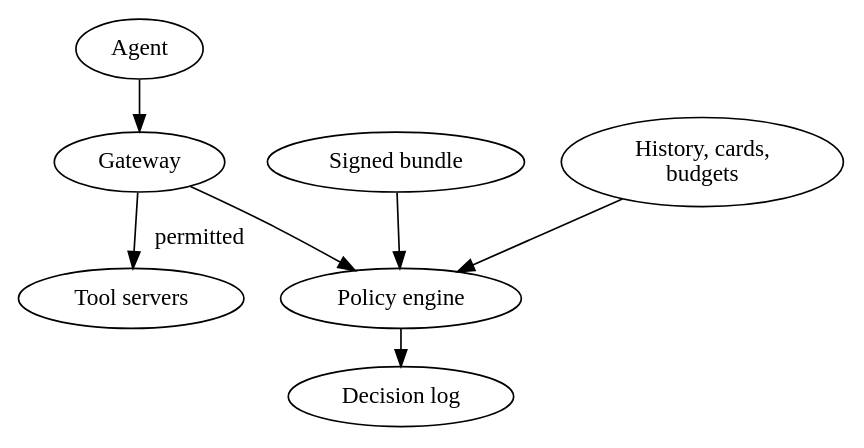
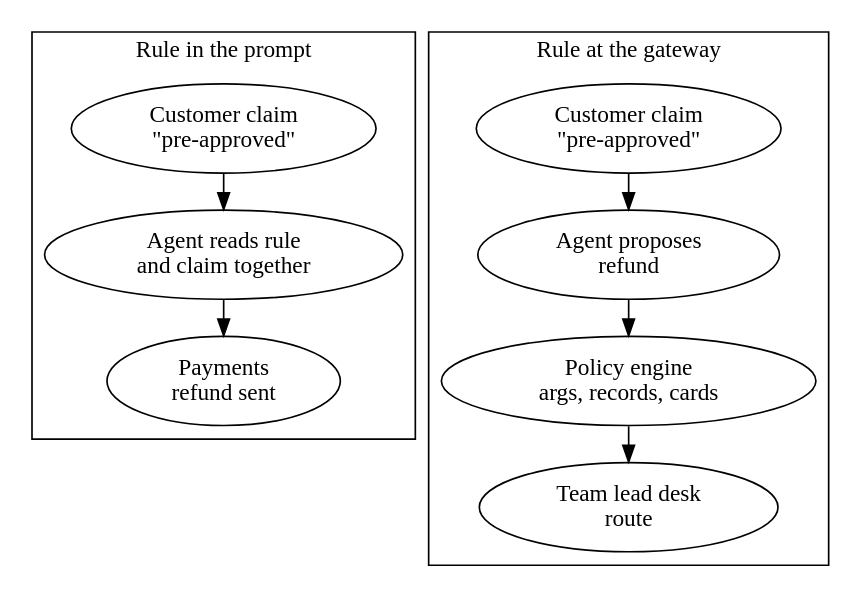
Before and after one commit to rajesh1008/system-design-book: the diagram in figures/src/ch31/fig-31-2.dot, drawn with Graphviz. The commit also changed 158 other files, not shown here.

```diff
--- a/figures/src/ch31/fig-31-2.dot
+++ b/figures/src/ch31/fig-31-2.dot
@@ -1,22 +1,27 @@
-// Figure 31.2  The policy engine at the gateway
-// Reading order: left to right. Every call the agent makes reaches the
-// gateway; the gateway asks the engine, which reads the signed bundle,
-// the session history, approval cards, and budgets, and writes one
-// decision line. Only then does the call reach a server. From policy.gate.
+// Figure 31.2  Permission in the prompt against permission at the gateway
+// Reading order: left column then right column. On the left the rule
+// sits in the context the customer also writes into, so a claim can
+// change the decision. On the right the engine sees only arguments and
+// records. From policy.demo --part talked.
 digraph hld {
 #include "book.gv"
-  rankdir=TB; nodesep=0.3; ranksep=0.3;
-  agent [label="Agent", class="model"];
-  gw [label="Gateway", class="ops"];
-  eng [label="Policy engine", class="policy gate"];
-  bun [label="Signed bundle", class="policy store"];
-  st [label="History, cards,\nbudgets", class="store"];
-  srv [label="Tool servers", class="ops external"];
-  log [label="Decision log", class="evidence"];
-  agent -> gw [class="data"];
-  gw -> eng [class="emphasis"];
-  bun -> eng [class="control"];
-  st -> eng [class="data"];
-  eng -> log [class="trail"];
-  gw -> srv [class="data", label=" permitted"];
+  rankdir=TB; nodesep=0.35; ranksep=0.3;
+  subgraph cluster_a {
+    label="Rule in the prompt"; class="note";
+    c1 [label="Customer claim\n\"pre-approved\"", class="external"];
+    m1 [label="Agent reads rule\nand claim together", class="model"];
+    p1 [label="Payments\nrefund sent", class="ops fail"];
+    c1 -> m1 [class="data"];
+    m1 -> p1 [class="fail"];
+  }
+  subgraph cluster_b {
+    label="Rule at the gateway"; class="note";
+    c2 [label="Customer claim\n\"pre-approved\"", class="external"];
+    m2 [label="Agent proposes\nrefund", class="model"];
+    g2 [label="Policy engine\nargs, records, cards", class="policy gate"];
+    p2 [label="Team lead desk\nroute", class="org human"];
+    c2 -> m2 [class="data"];
+    m2 -> g2 [class="emphasis"];
+    g2 -> p2 [class="control"];
+  }
 }
```
